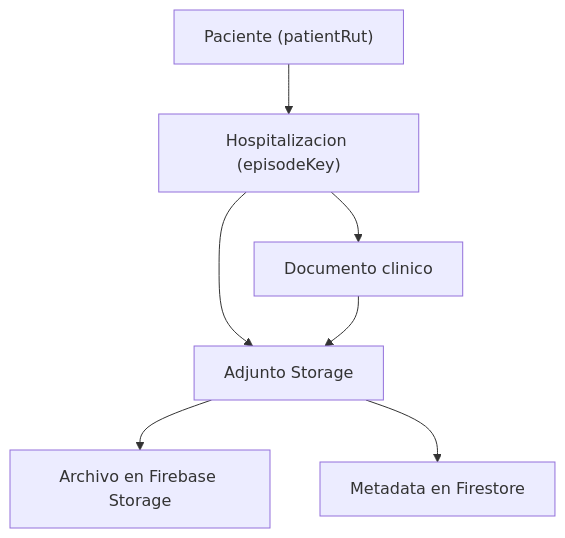
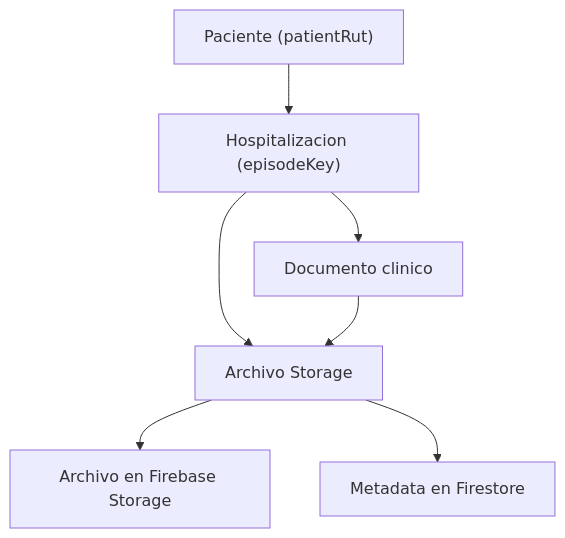
One commit to DanielOpazoD/HHR-ServicioHospitalizados changed the diagram in docs/superpowers/specs/2026-05-21-clinical-attachments-storage-design.md. Above: the diagram before and after it, drawn with Mermaid. The commit also changed other lines of this file and 28 other files, not shown here.

````diff
--- a/docs/superpowers/specs/2026-05-21-clinical-attachments-storage-design.md
+++ b/docs/superpowers/specs/2026-05-21-clinical-attachments-storage-design.md
@@ -77,9 +77,9 @@
 ```mermaid
 flowchart TD
   Patient["Paciente (patientRut)"] --> Episode["Hospitalizacion (episodeKey)"]
   Episode --> ClinicalDocument["Documento clinico"]
-  Episode --> Attachment["Adjunto Storage"]
+  Episode --> Attachment["Archivo Storage"]
   ClinicalDocument --> Attachment
   Attachment --> StorageObject["Archivo en Firebase Storage"]
   Attachment --> Metadata["Metadata en Firestore"]
 ```
````
